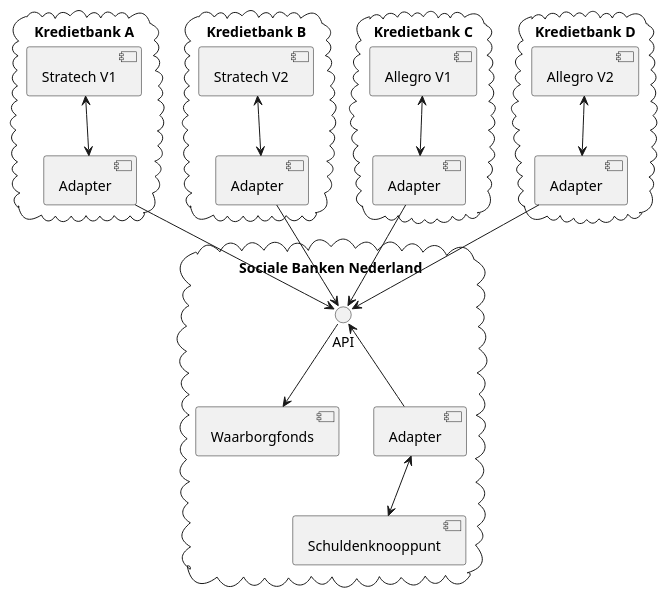
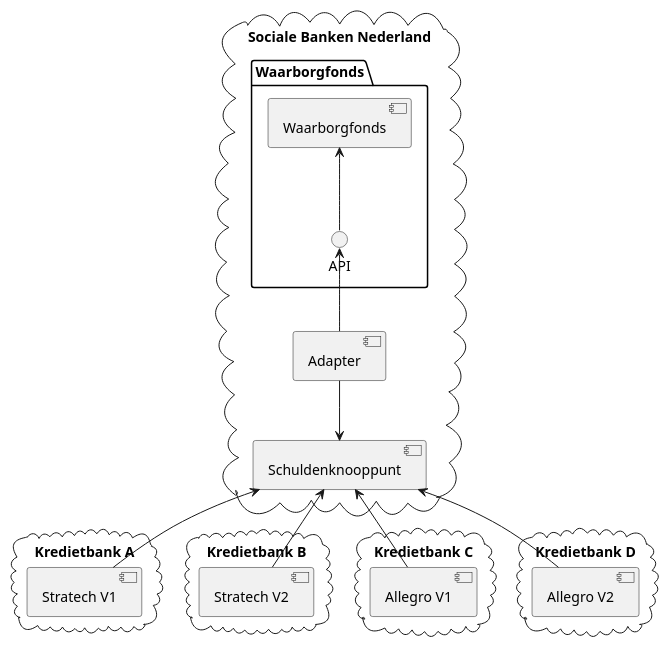
One commit to sbnnl/documentatie changed the diagram in docs/900_besluiten/001_open-voor-uitbreiding-en-gesloten-voor-wijziging/context.puml. Above: the diagram before and after it, drawn with PlantUML. The commit also changed 12 other files, not shown here.

```diff
--- a/docs/900_besluiten/001_open-voor-uitbreiding-en-gesloten-voor-wijziging/context.puml
+++ b/docs/900_besluiten/001_open-voor-uitbreiding-en-gesloten-voor-wijziging/context.puml
@@ -1,48 +1,39 @@
 @startuml
 
 cloud "Kredietbank A" {
     [Stratech V1] as KbaStratech
-    [Adapter] as KbaAdapter
-
-    KbaStratech <--> KbaAdapter
 }
 
 cloud "Kredietbank B" {
     [Stratech V2] as KbfStratech
-    [Adapter] as KbfAdapter
-
-    KbfStratech <--> KbfAdapter
 }
 
 
 cloud "Kredietbank C" {
     [Allegro V1] as KbbAllegro
-    [Adapter] as KbbAdapter
-
-    KbbAllegro <--> KbbAdapter
 }
 
 cloud "Kredietbank D" {
     [Allegro V2] as KbcAllegro
-    [Adapter] as KbcAdapter
-
-    KbcAllegro <--> KbcAdapter
 }
 
 cloud "Sociale Banken Nederland" {
-    [Waarborgfonds] as Wsk
-    () "API" as API
+    package "Waarborgfonds" {
+        [Waarborgfonds] as Wsk
+        () "API" as API
+    }
+
     [Schuldenknooppunt]    
     [Adapter] as SchuldenknooppuntAdapter
 
-    API --> Wsk
+    Wsk <-- API
     API <-- SchuldenknooppuntAdapter
-    SchuldenknooppuntAdapter <--> Schuldenknooppunt
+    SchuldenknooppuntAdapter --> Schuldenknooppunt
 }
 
-KbfAdapter --> API
-KbaAdapter --> API
-KbbAdapter --> API
-KbcAdapter --> API
+Schuldenknooppunt <-- KbaStratech
+Schuldenknooppunt <-- KbfStratech
+Schuldenknooppunt <-- KbbAllegro
+Schuldenknooppunt <-- KbcAllegro
 
 @enduml
```
